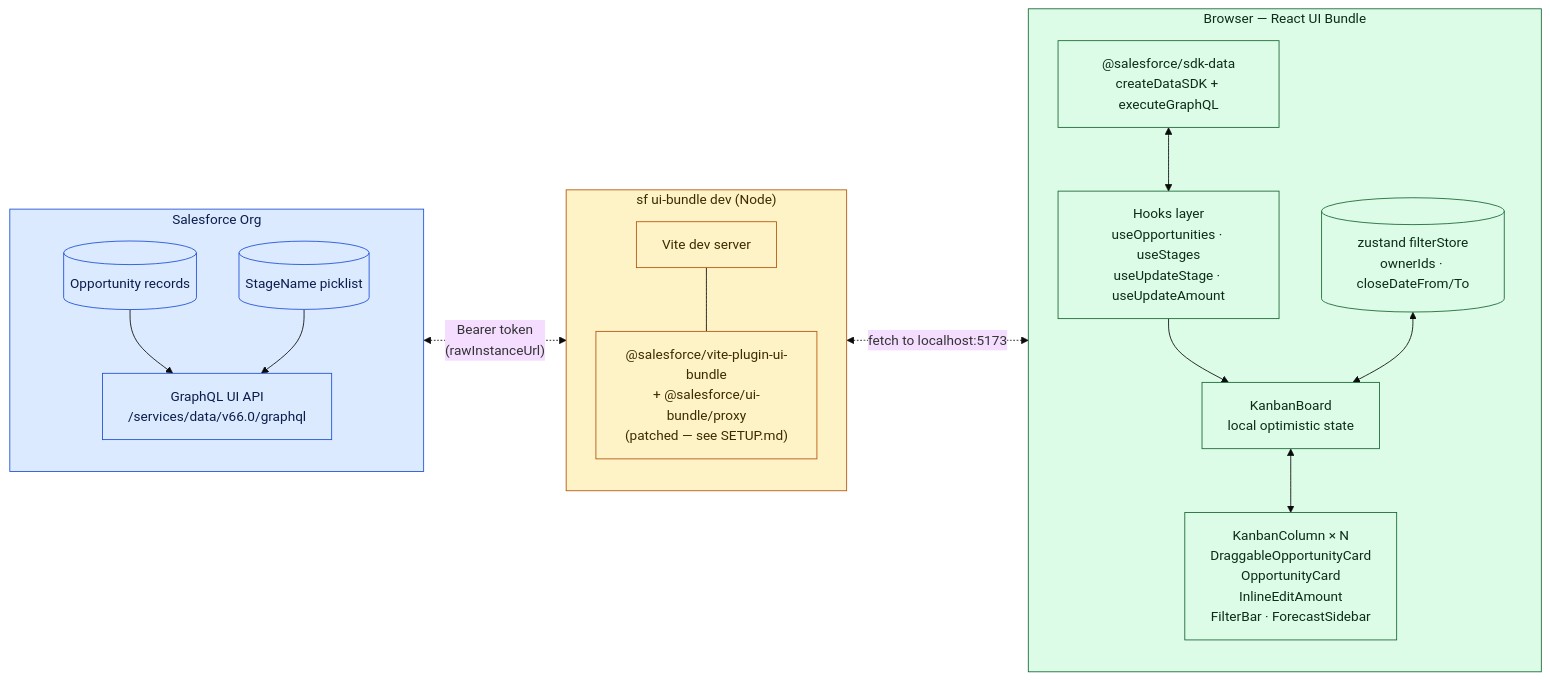
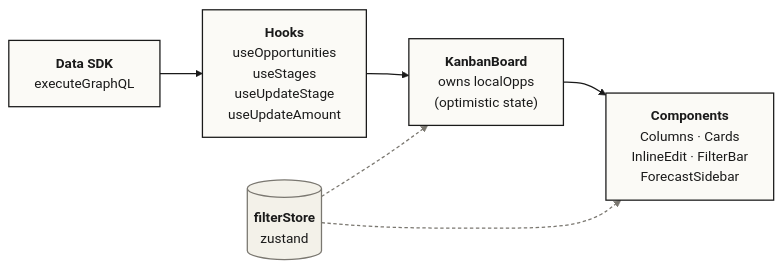
The second of 6 diagrams in docs/ARCHITECTURE.md (rammc/sf-react-pipeline-kanban), drawn with Mermaid (base theme) before and after one commit. The commit also changed other lines of this file and 1 other file, not shown here.

````diff
--- a/docs/ARCHITECTURE.md
+++ b/docs/ARCHITECTURE.md
@@ -8,42 +39,20 @@
 ```mermaid
 flowchart LR
-  subgraph SF["Salesforce Org"]
-    direction TB
-    Opportunity[(Opportunity records)]
-    Picklist[(StageName picklist)]
-    GraphQL["GraphQL UI API<br/>/services/data/v66.0/graphql"]
-    Opportunity --> GraphQL
-    Picklist --> GraphQL
-  end
+  SDK["<b>Data SDK</b><br/>executeGraphQL"]
+  Hooks["<b>Hooks</b><br/>useOpportunities<br/>useStages<br/>useUpdateStage<br/>useUpdateAmount"]
+  Board["<b>KanbanBoard</b><br/>owns localOpps<br/>(optimistic state)"]
+  Components["<b>Components</b><br/>Columns · Cards<br/>InlineEdit · FilterBar<br/>ForecastSidebar"]
+  Filter[("<b>filterStore</b><br/>zustand")]
 
-  subgraph Proxy["sf ui-bundle dev (Node)"]
-    direction TB
-    Vite["Vite dev server"]
-    Plugin["@salesforce/vite-plugin-ui-bundle<br/>+ @salesforce/ui-bundle/proxy<br/>(patched — see SETUP.md)"]
-    Vite --- Plugin
-  end
+  SDK --> Hooks --> Board --> Components
+  Filter -.-> Board
+  Filter -.-> Components
 
-  subgraph Browser["Browser — React UI Bundle"]
-    direction TB
-    SDK["@salesforce/sdk-data<br/>createDataSDK + executeGraphQL"]
-    Hooks["Hooks layer<br/>useOpportunities · useStages<br/>useUpdateStage · useUpdateAmount"]
-    Store[("zustand filterStore<br/>ownerIds · closeDateFrom/To")]
-    Board["KanbanBoard<br/>local optimistic state"]
-    Cmp["KanbanColumn × N<br/>DraggableOpportunityCard<br/>OpportunityCard<br/>InlineEditAmount<br/>FilterBar · ForecastSidebar"]
+  classDef node fill:#fbfaf6,stroke:#1a1a1a,stroke-width:1.5px,color:#1a1a1a
+  classDef store fill:#f3f1e9,stroke:#7a7770,stroke-width:1.5px,color:#1a1a1a
+  class SDK,Hooks,Board,Components node
+  class Filter store
 
-    SDK <--> Hooks
-    Hooks --> Board
-    Store <--> Board
-    Board <--> Cmp
-  end
-
-  GraphQL <-. "Bearer token<br/>(rawInstanceUrl)" .-> Plugin
-  Plugin <-. "fetch to localhost:5173" .-> SDK
-
-  classDef sf fill:#dbeafe,stroke:#1d4ed8,color:#0b1d4d
-  classDef proxy fill:#fef3c7,stroke:#b45309,color:#3c2c00
-  classDef browser fill:#dcfce7,stroke:#166534,color:#0c2d18
-  class SF,Opportunity,Picklist,GraphQL sf
-  class Proxy,Vite,Plugin proxy
-  class Browser,SDK,Hooks,Store,Board,Cmp browser
+  linkStyle 0,1,2 stroke:#1a1a1a,stroke-width:1.5px
+  linkStyle 3,4 stroke:#7a7770,stroke-width:1.5px,stroke-dasharray:4 3
 ```
````
